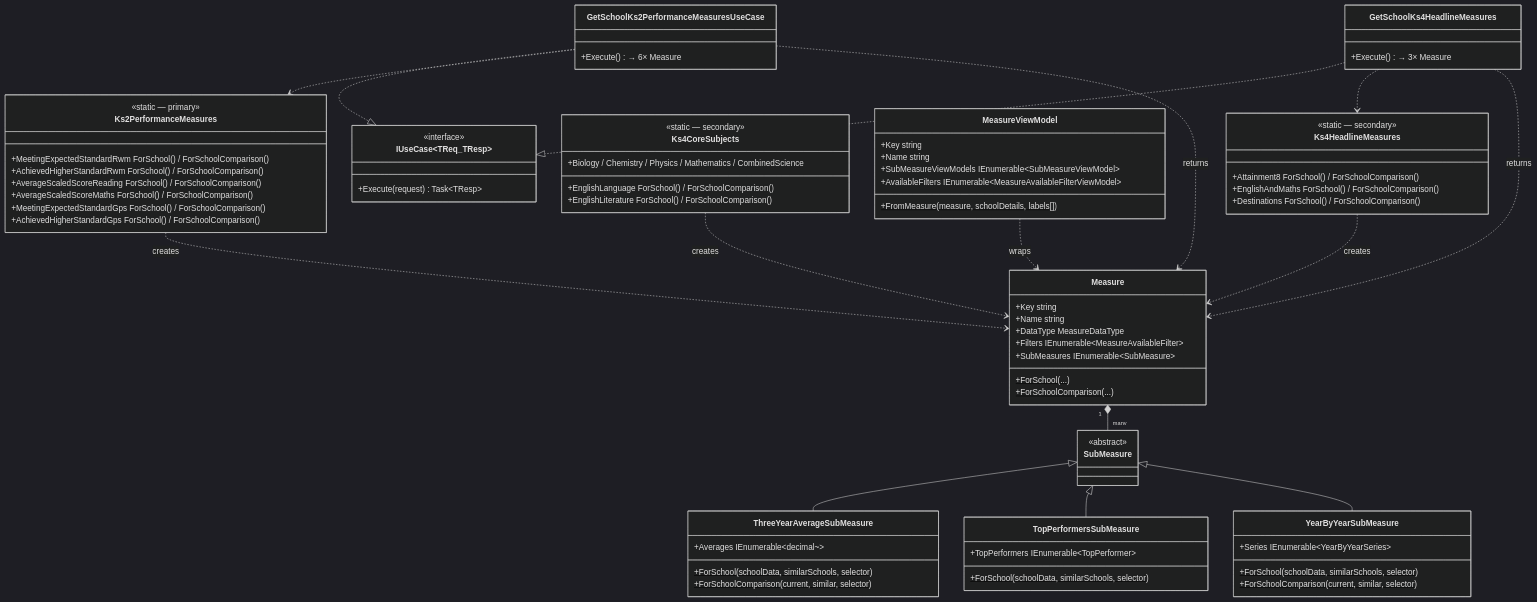
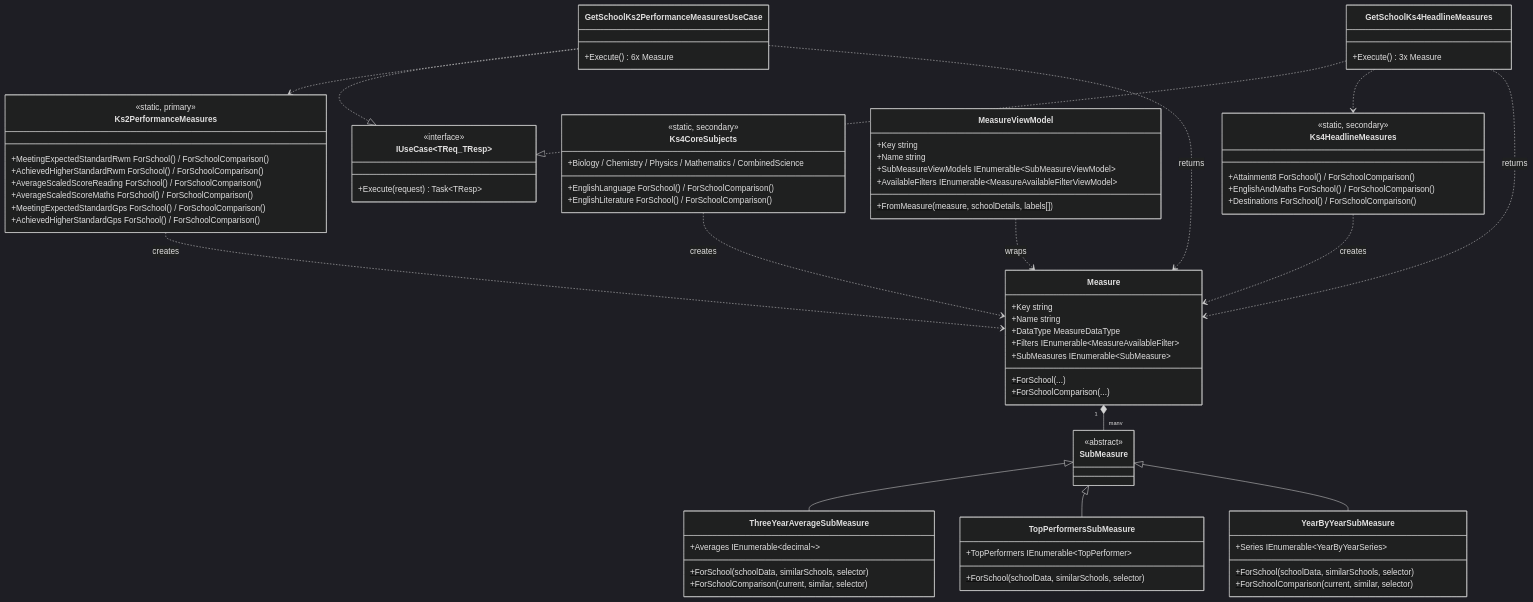
The third of 3 diagrams in docs/architecture/low-level-design.md (DFE-Digital/sap-sector), drawn with Mermaid (dark theme) before and after one commit. The commit also changed other lines of this file and 11 other files, not shown here.

```diff
--- a/docs/architecture/low-level-design.md
+++ b/docs/architecture/low-level-design.md
@@ -596,7 +710,7 @@
     }
 
     class Ks2PerformanceMeasures {
-        <<static — primary>>
+        <<static, primary>>
         +MeetingExpectedStandardRwm ForSchool() / ForSchoolComparison()
         +AchievedHigherStandardRwm ForSchool() / ForSchoolComparison()
         +AverageScaledScoreReading ForSchool() / ForSchoolComparison()
@@ -606,14 +720,14 @@
     }
 
     class Ks4HeadlineMeasures {
-        <<static — secondary>>
+        <<static, secondary>>
         +Attainment8 ForSchool() / ForSchoolComparison()
         +EnglishAndMaths ForSchool() / ForSchoolComparison()
         +Destinations ForSchool() / ForSchoolComparison()
     }
 
     class Ks4CoreSubjects {
-        <<static — secondary>>
+        <<static, secondary>>
         +EnglishLanguage ForSchool() / ForSchoolComparison()
         +EnglishLiterature ForSchool() / ForSchoolComparison()
         +Biology / Chemistry / Physics / Mathematics / CombinedScience
@@ -633,11 +747,11 @@
     }
 
     class GetSchoolKs2PerformanceMeasuresUseCase {
-        +Execute() → 6× Measure
+        +Execute() 6x Measure
     }
 
     class GetSchoolKs4HeadlineMeasures {
-        +Execute() → 3× Measure
+        +Execute() 3x Measure
     }
 
     SubMeasure <|-- ThreeYearAverageSubMeasure
```
